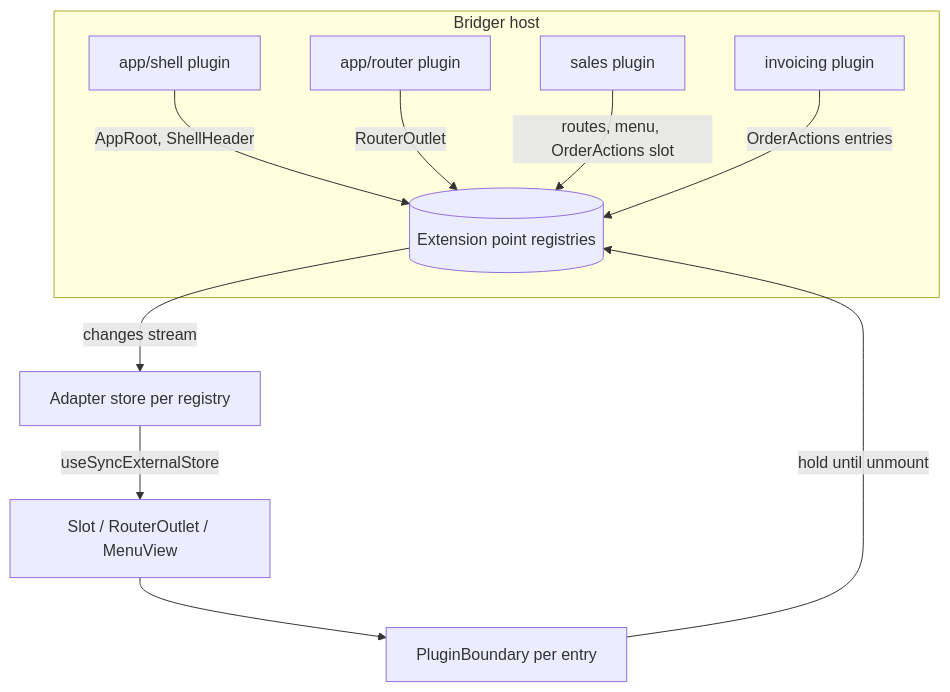
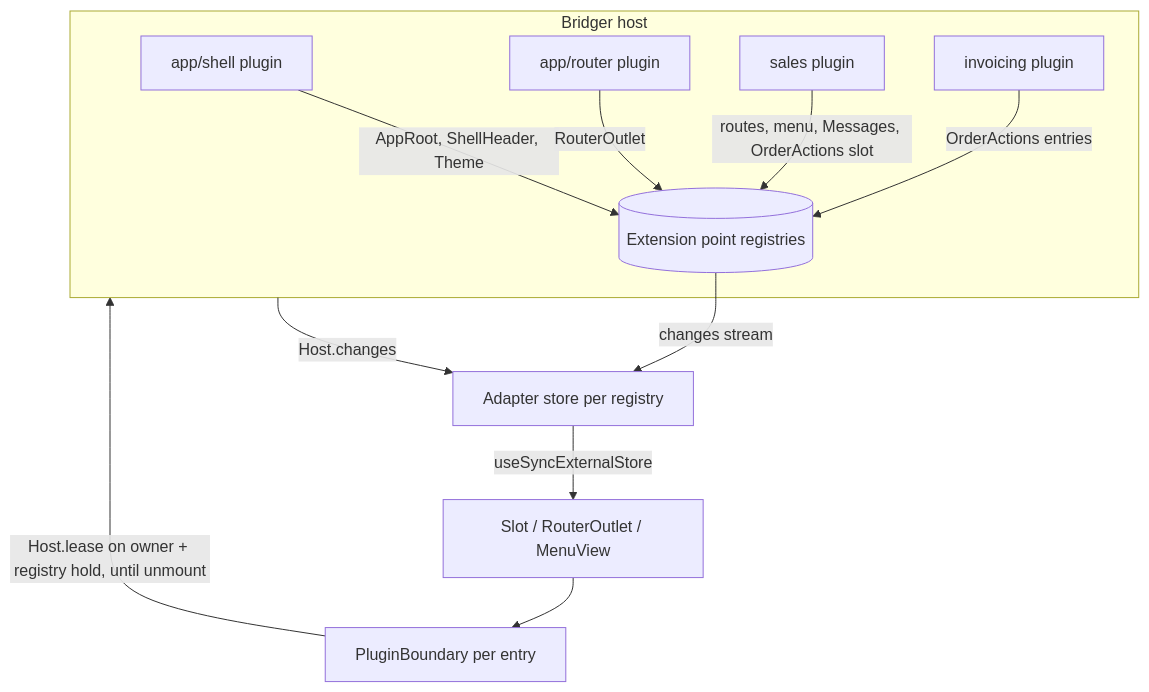
One commit to leaderiop/Bridger changed the first of 2 diagrams in docs/REACT-UI-PLUGINS.md. Above: the diagram before and after it, drawn with Mermaid. The commit also changed other lines of this file and 293 other files, not shown here.

````diff
--- a/docs/REACT-UI-PLUGINS.md
+++ b/docs/REACT-UI-PLUGINS.md
@@ -29,18 +32,19 @@
 ```mermaid
 flowchart TB
     subgraph Host[Bridger host]
         Shell[app/shell plugin]
         Router[app/router plugin]
         Sales[sales plugin]
         Inv[invoicing plugin]
         Regs[(Extension point registries)]
-        Shell -->|AppRoot, ShellHeader| Regs
+        Shell -->|AppRoot, ShellHeader, Theme| Regs
         Router -->|RouterOutlet| Regs
-        Sales -->|routes, menu, OrderActions slot| Regs
+        Sales -->|routes, menu, Messages, OrderActions slot| Regs
         Inv -->|OrderActions entries| Regs
     end
     Regs -->|changes stream| Store[Adapter store per registry]
+    Host -->|Host.changes| Store
     Store -->|useSyncExternalStore| Slots[Slot / RouterOutlet / MenuView]
     Slots --> Boundary[PluginBoundary per entry]
-    Boundary -->|hold until unmount| Regs
+    Boundary -->|Host.lease on owner + registry hold, until unmount| Host
 ```
````
